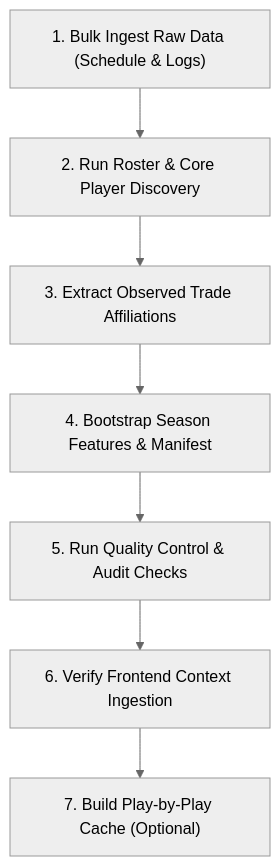
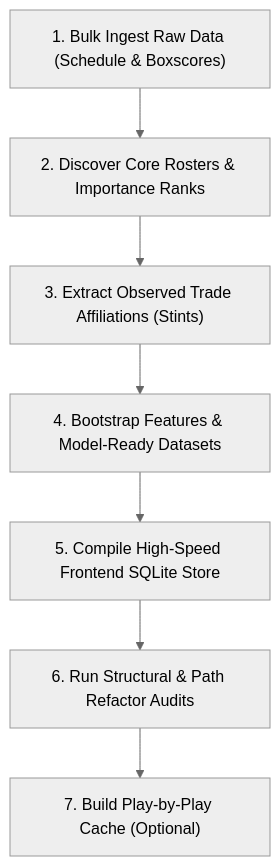
Before and after one commit to Shyesilbas/nbaModelApp: the diagram in docs/season_onboarding_guide.md, drawn with Mermaid (neutral theme). The commit also changed other lines of this file and 5 other files, not shown here.

First line of the commit message:
docs: modernize and synchronize all documentation guides with current architecture

````diff
--- a/docs/season_onboarding_guide.md
+++ b/docs/season_onboarding_guide.md
@@ -11,9 +11,9 @@
 ```mermaid
 graph TD
-    A["1. Bulk Ingest Raw Data (Schedule & Logs)"] --> B["2. Run Roster & Core Player Discovery"]
-    B --> C["3. Extract Observed Trade Affiliations"]
-    C --> D["4. Bootstrap Season Features & Manifest"]
-    D --> E["5. Run Quality Control & Audit Checks"]
-    E --> F["6. Verify Frontend Context Ingestion"]
+    A["1. Bulk Ingest Raw Data (Schedule & Boxscores)"] --> B["2. Discover Core Rosters & Importance Ranks"]
+    B --> C["3. Extract Observed Trade Affiliations (Stints)"]
+    C --> D["4. Bootstrap Features & Model-Ready Datasets"]
+    D --> E["5. Compile High-Speed Frontend SQLite Store"]
+    E --> F["6. Run Structural & Path Refactor Audits"]
     F --> G["7. Build Play-by-Play Cache (Optional)"]
 ```
````
